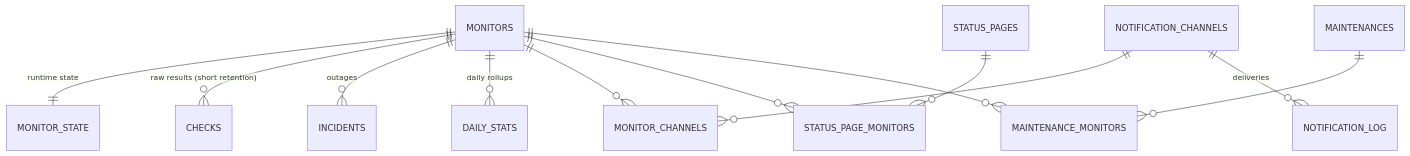
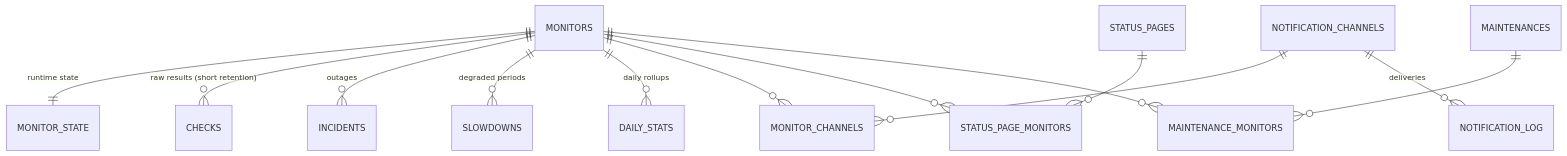
Before and after one commit to MathieuMarthy/uptime-monitoring: the diagram in docs/database-schema.md, drawn with Mermaid. The commit also changed other lines of this file and 31 other files, not shown here.

````diff
--- a/docs/database-schema.md
+++ b/docs/database-schema.md
@@ -21,14 +21,15 @@
 ```mermaid
 erDiagram
     MONITORS ||--|| MONITOR_STATE : "runtime state"
     MONITORS ||--o{ CHECKS : "raw results (short retention)"
     MONITORS ||--o{ INCIDENTS : "outages"
+    MONITORS ||--o{ SLOWDOWNS : "degraded periods"
     MONITORS ||--o{ DAILY_STATS : "daily rollups"
     MONITORS ||--o{ MONITOR_CHANNELS : ""
     NOTIFICATION_CHANNELS ||--o{ MONITOR_CHANNELS : ""
     NOTIFICATION_CHANNELS ||--o{ NOTIFICATION_LOG : "deliveries"
     STATUS_PAGES ||--o{ STATUS_PAGE_MONITORS : ""
     MONITORS ||--o{ STATUS_PAGE_MONITORS : ""
     MAINTENANCES ||--o{ MAINTENANCE_MONITORS : ""
     MONITORS ||--o{ MAINTENANCE_MONITORS : ""
 ```
````
